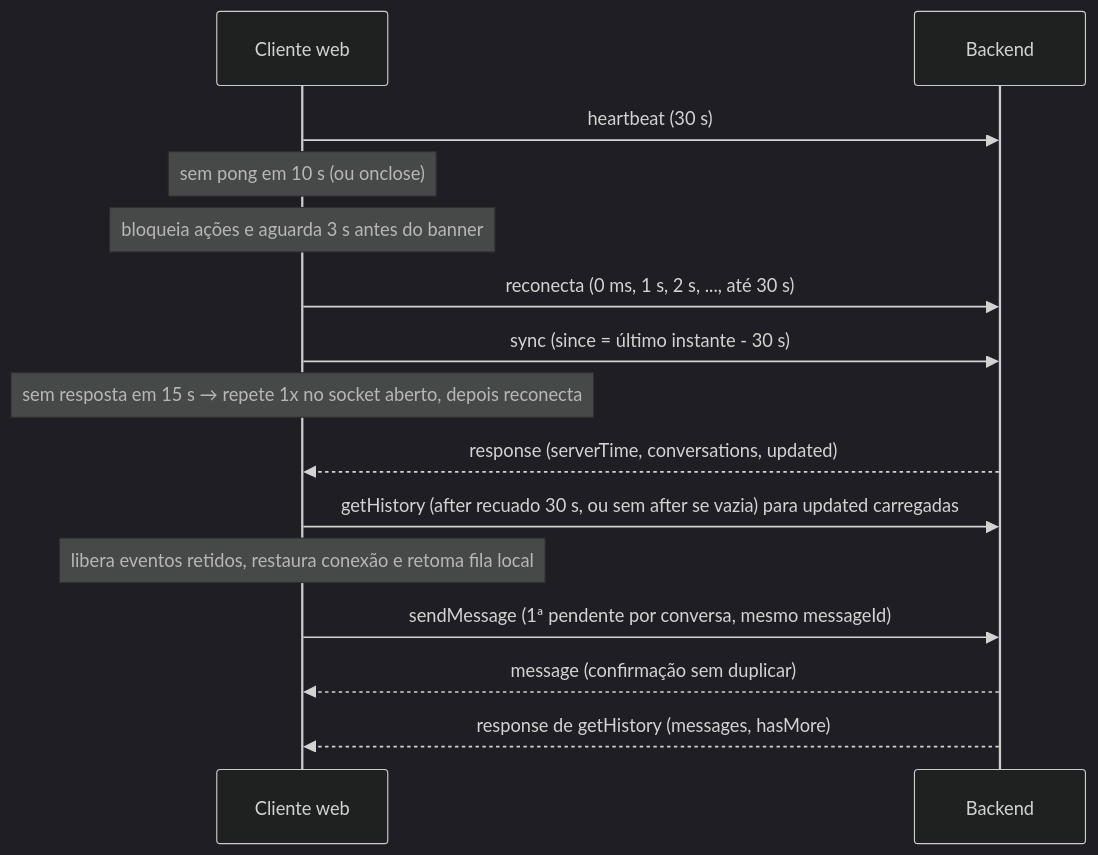
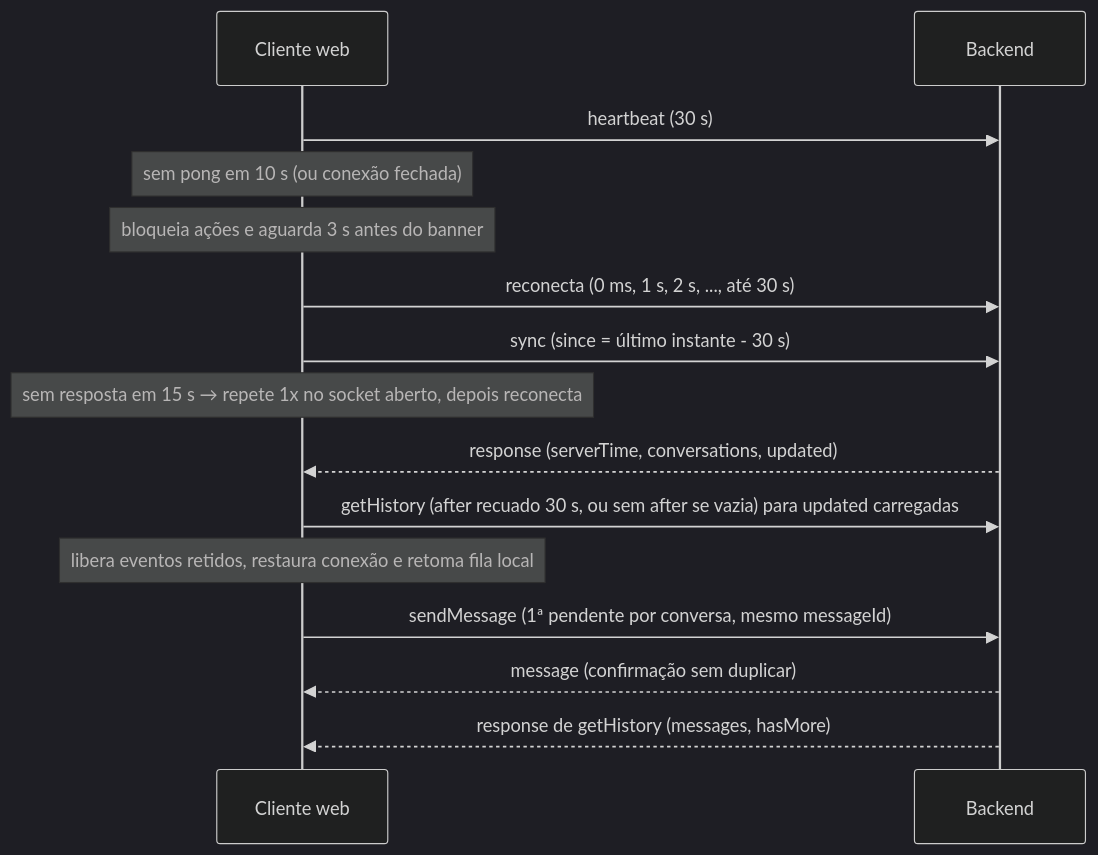
The diagram in docs/tolerancia-falhas.md (felipdsa21/hub-websocket-sd), drawn with Mermaid (dark theme) before and after one commit. The commit also changed other lines of this file and 11 other files, not shown here.

````diff
--- a/docs/tolerancia-falhas.md
+++ b/docs/tolerancia-falhas.md
@@ -70,18 +70,18 @@
 ```mermaid
 sequenceDiagram
     participant C as Cliente web
     participant B as Backend
 
     C->>B: heartbeat (30 s)
-    Note over C: sem pong em 10 s (ou onclose)
+    Note over C: sem pong em 10 s (ou conexão fechada)
     Note over C: bloqueia ações e aguarda 3 s antes do banner
     C->>B: reconecta (0 ms, 1 s, 2 s, ..., até 30 s)
     C->>B: sync (since = último instante - 30 s)
     Note over C: sem resposta em 15 s → repete 1x no socket aberto, depois reconecta
     B-->>C: response (serverTime, conversations, updated)
     C->>B: getHistory (after recuado 30 s, ou sem after se vazia) para updated carregadas
     Note over C: libera eventos retidos, restaura conexão e retoma fila local
     C->>B: sendMessage (1ª pendente por conversa, mesmo messageId)
     B-->>C: message (confirmação sem duplicar)
     B-->>C: response de getHistory (messages, hasMore)
 ```
````
